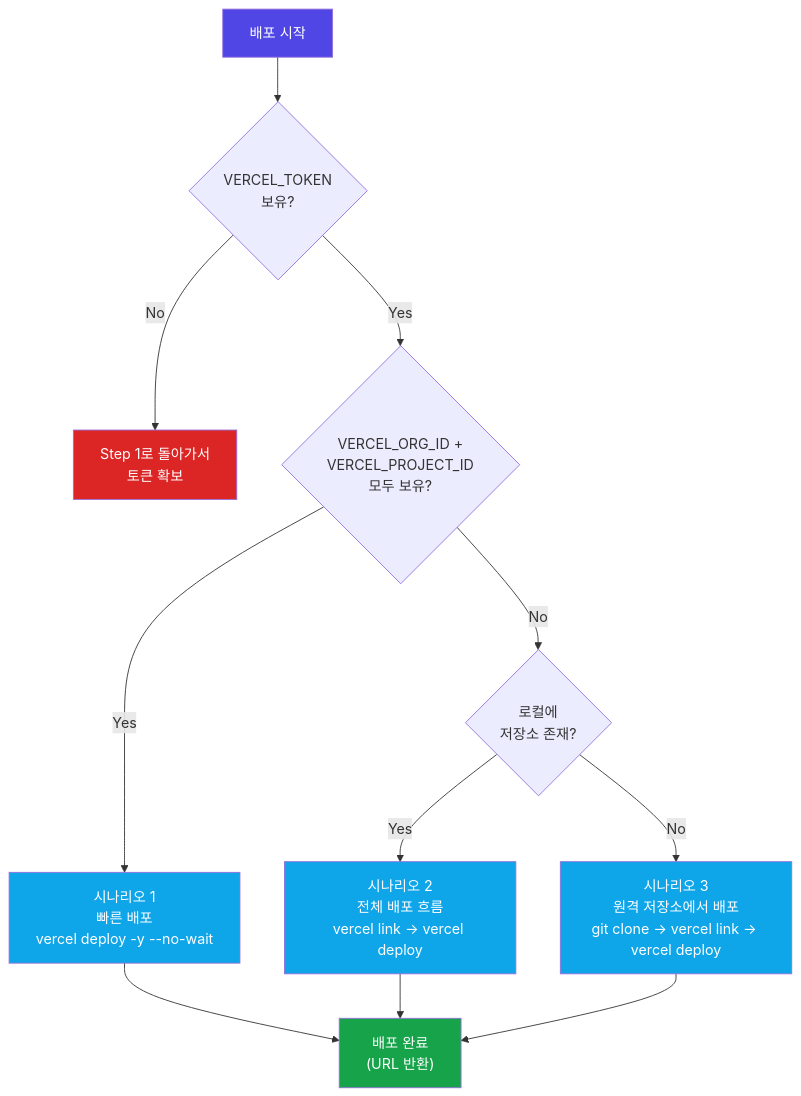
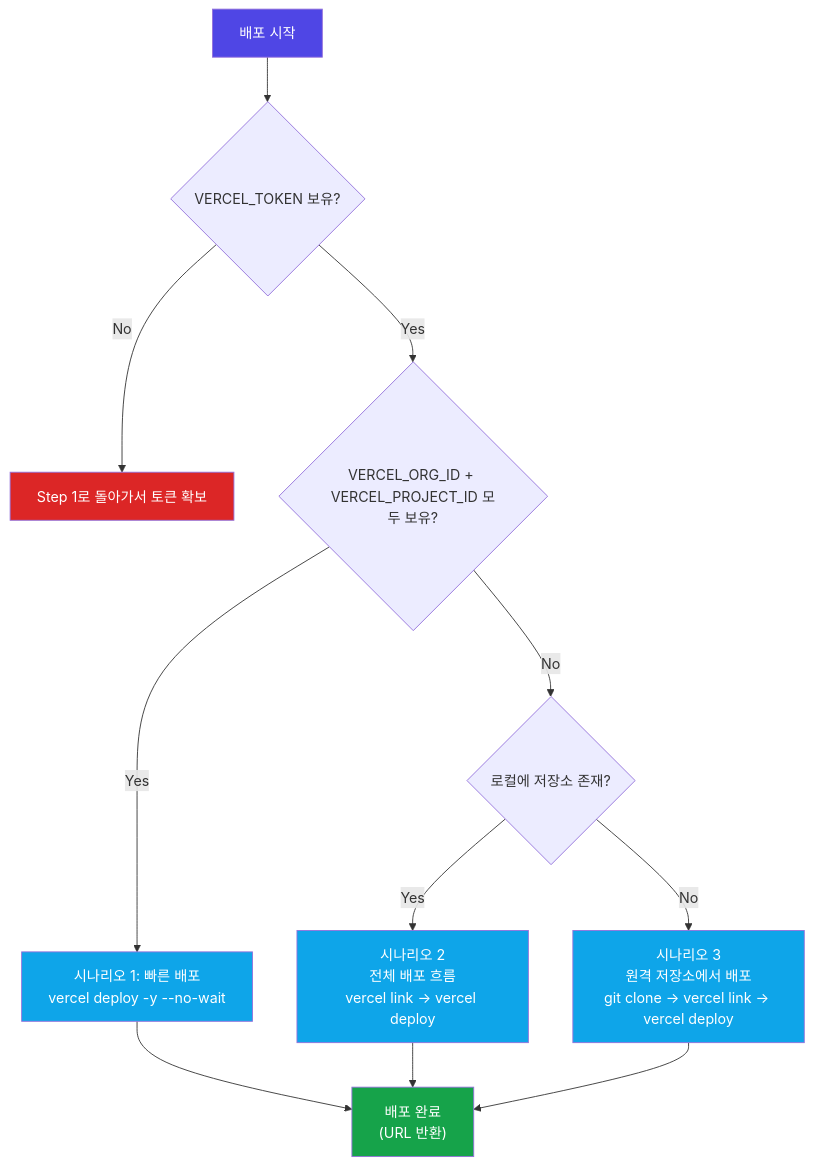
Before and after one commit to terry3838/vercel-agent-skills-guide: the second of 3 diagrams in categories/vercel-cli-with-tokens.md, drawn with Mermaid. The commit also changed 5 other files, not shown here.

First line of the commit message:
fix: GitHub Mermaid 렌더러 호환성 오류 수정

````diff
--- a/categories/vercel-cli-with-tokens.md
+++ b/categories/vercel-cli-with-tokens.md
@@ -130,23 +130,23 @@
 ```mermaid
 flowchart TD
-    Start["배포 시작"] --> Q1{VERCEL_TOKEN\n보유?}
-    Q1 -- "No" --> Step1["Step 1로 돌아가서\n토큰 확보"]
-    Q1 -- "Yes" --> Q2{VERCEL_ORG_ID +\nVERCEL_PROJECT_ID\n모두 보유?}
+    Start["배포 시작"] --> Q1{"VERCEL_TOKEN 보유?"}
+    Q1 -- "No" --> Step1["Step 1로 돌아가서 토큰 확보"]
+    Q1 -- "Yes" --> Q2{"VERCEL_ORG_ID + VERCEL_PROJECT_ID 모두 보유?"}
 
-    Q2 -- "Yes" --> S1["시나리오 1\n빠른 배포\nvercel deploy -y --no-wait"]
-    Q2 -- "No" --> Q3{로컬에\n저장소 존재?}
+    Q2 -- "Yes" --> S1["시나리오 1: 빠른 배포\nvercel deploy -y --no-wait"]
+    Q2 -- "No" --> Q3{"로컬에 저장소 존재?"}
 
     Q3 -- "Yes" --> S2["시나리오 2\n전체 배포 흐름\nvercel link → vercel deploy"]
     Q3 -- "No" --> S3["시나리오 3\n원격 저장소에서 배포\ngit clone → vercel link → vercel deploy"]
 
     S1 --> Done["배포 완료\n(URL 반환)"]
     S2 --> Done
     S3 --> Done
 
     style Start fill:#4f46e5,color:#fff
     style S1 fill:#0ea5e9,color:#fff
     style S2 fill:#0ea5e9,color:#fff
     style S3 fill:#0ea5e9,color:#fff
     style Done fill:#16a34a,color:#fff
     style Step1 fill:#dc2626,color:#fff
 ```
````
